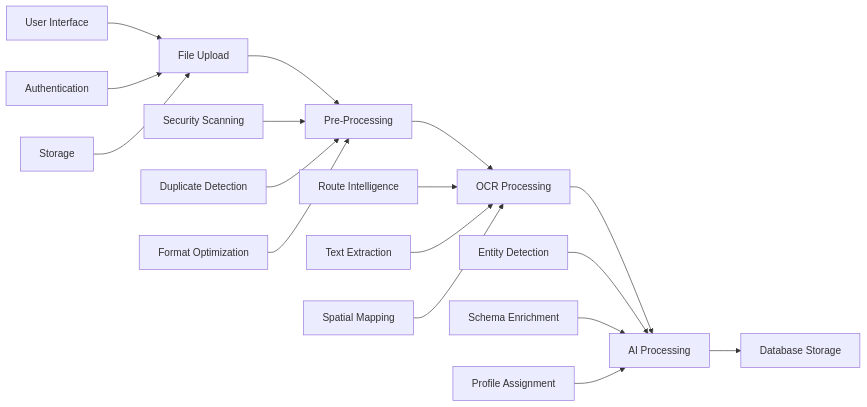
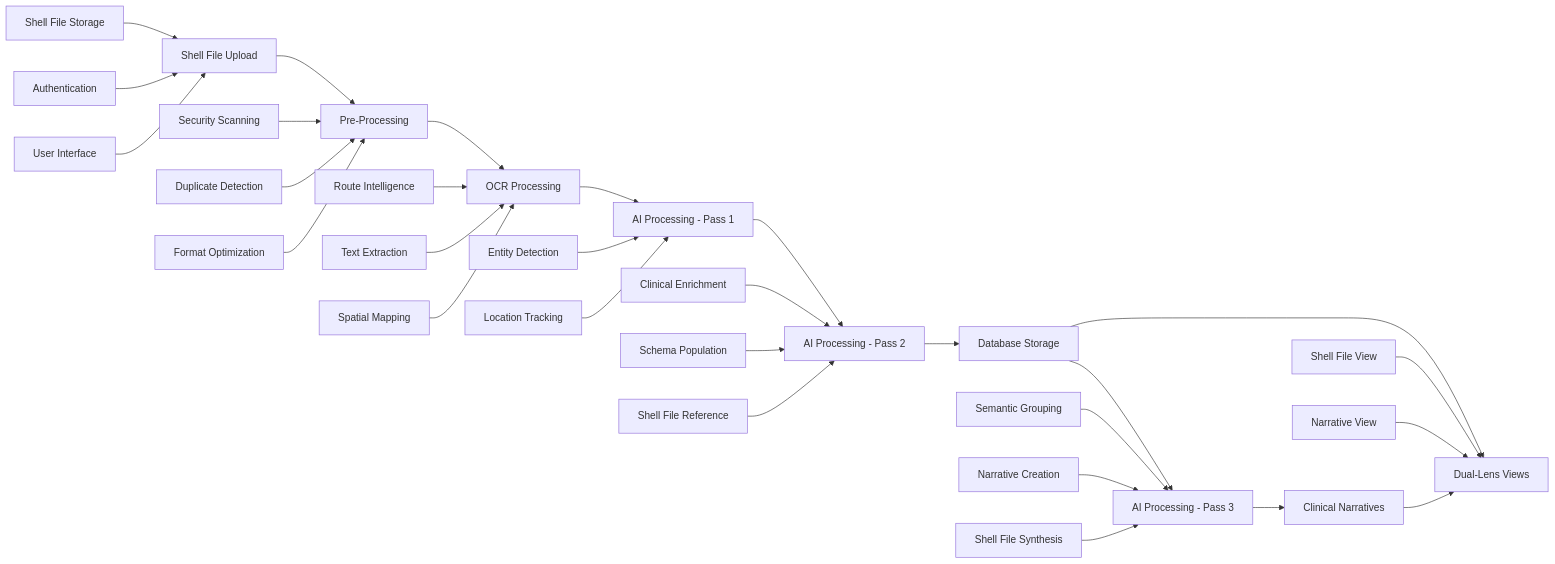
Before and after one commit to xavierjflanagan/Guardian: the diagram in shared/docs/architecture/ai-processing-v3/v3-pipeline-planning/00-pipeline-overview.md, drawn with Mermaid. The commit also changed other lines of this file and 15 other files, not shown here.

First line of the commit message:
Implement V3 Semantic Document Architecture and Fresh Start Blueprint Integration

````diff
--- a/shared/docs/architecture/ai-processing-v3/v3-pipeline-planning/00-pipeline-overview.md
+++ b/shared/docs/architecture/ai-processing-v3/v3-pipeline-planning/00-pipeline-overview.md
@@ -26,23 +29,38 @@
 ```mermaid
 graph LR
-    A[File Upload] --> B[Pre-Processing]
+    A[Shell File Upload] --> B[Pre-Processing]
     B --> C[OCR Processing]
-    C --> D[AI Processing]
-    D --> E[Database Storage]
+    C --> D[AI Processing - Pass 1]
+    D --> E[AI Processing - Pass 2]
+    E --> F[Database Storage]
+    F --> G[AI Processing - Pass 3]
+    G --> H[Clinical Narratives]
     
     A1[User Interface] --> A
     A2[Authentication] --> A
-    A3[Storage] --> A
+    A3[Shell File Storage] --> A
     
     B1[Security Scanning] --> B
     B2[Duplicate Detection] --> B
     B3[Format Optimization] --> B
     
     C1[Route Intelligence] --> C
     C2[Text Extraction] --> C
     C3[Spatial Mapping] --> C
     
     D1[Entity Detection] --> D
-    D2[Schema Enrichment] --> D
-    D3[Profile Assignment] --> D
+    D2[Location Tracking] --> D
+    
+    E1[Clinical Enrichment] --> E
+    E2[Schema Population] --> E
+    E3[Shell File Reference] --> E
+    
+    G1[Semantic Grouping] --> G
+    G2[Narrative Creation] --> G
+    G3[Shell File Synthesis] --> G
+    
+    H --> I[Dual-Lens Views]
+    F --> I
+    I1[Shell File View] --> I
+    I2[Narrative View] --> I
 ```
````
